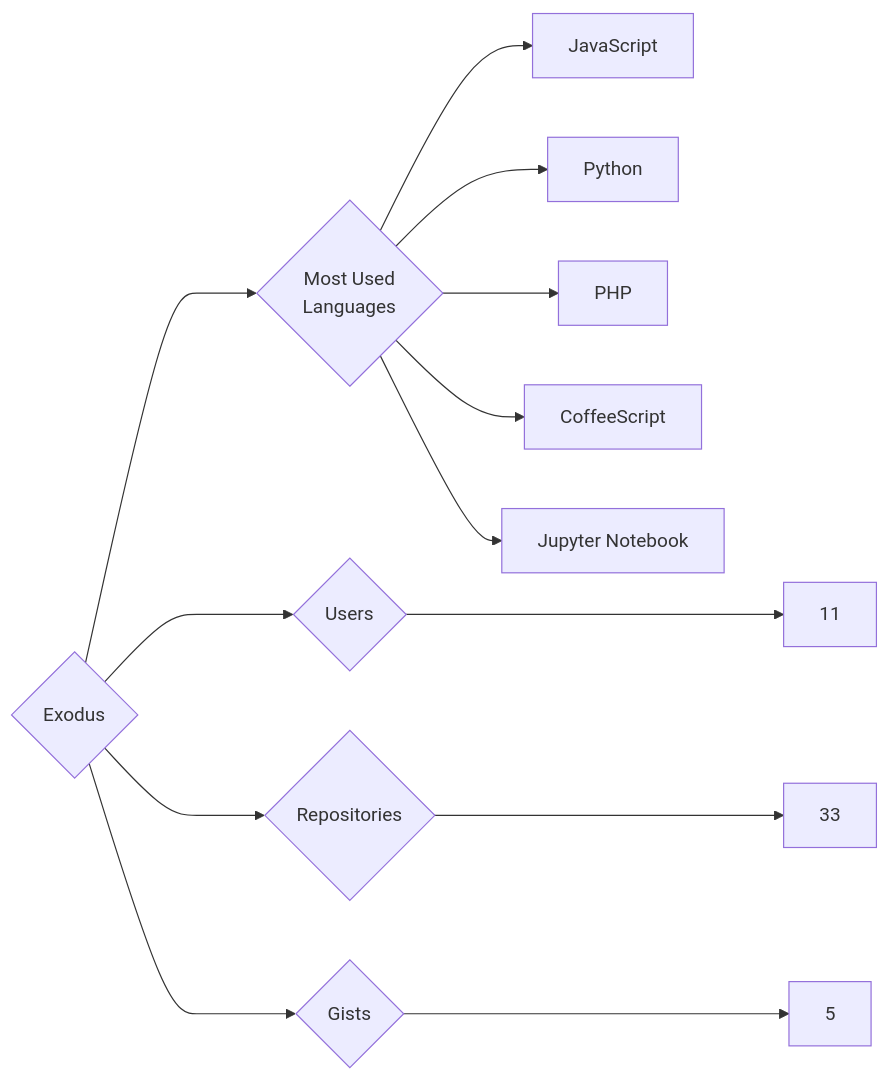
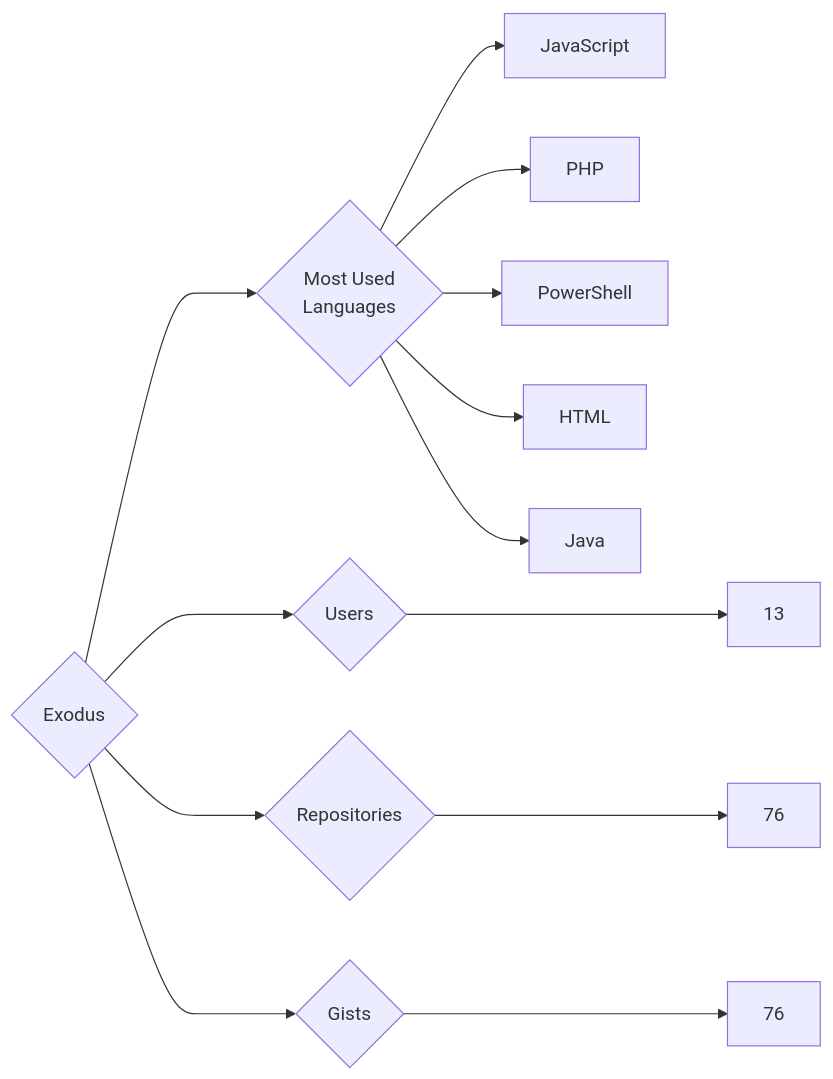
Before and after one commit to trickest/insiders: the diagram in targets/Exodus/README.md, drawn with Mermaid. The commit also changed 782 other files, not shown here.

````diff
--- a/targets/Exodus/README.md
+++ b/targets/Exodus/README.md
@@ -3,13 +3,13 @@
 ```mermaid
 graph LR
 COMPANY_NAME{Exodus}
-COMPANY_NAME ---> U{Users} ---> UN[11]
-COMPANY_NAME ---> R{Repositories} ---> RN[33]
-COMPANY_NAME ---> G{Gists} ---> GN[5]
+COMPANY_NAME ---> U{Users} ---> UN[13]
+COMPANY_NAME ---> R{Repositories} ---> RN[76]
+COMPANY_NAME ---> G{Gists} ---> GN[76]
 COMPANY_NAME ---> ML{Most Used<br>Languages}
 ML --> JavaScript[JavaScript]
-ML --> Python[Python]
 ML --> PHP[PHP]
-ML --> CoffeeScript[CoffeeScript]
-ML --> Jupyter_Notebook[Jupyter Notebook]
+ML --> PowerShell[PowerShell]
+ML --> HTML[HTML]
+ML --> Java[Java]
 ```
````
